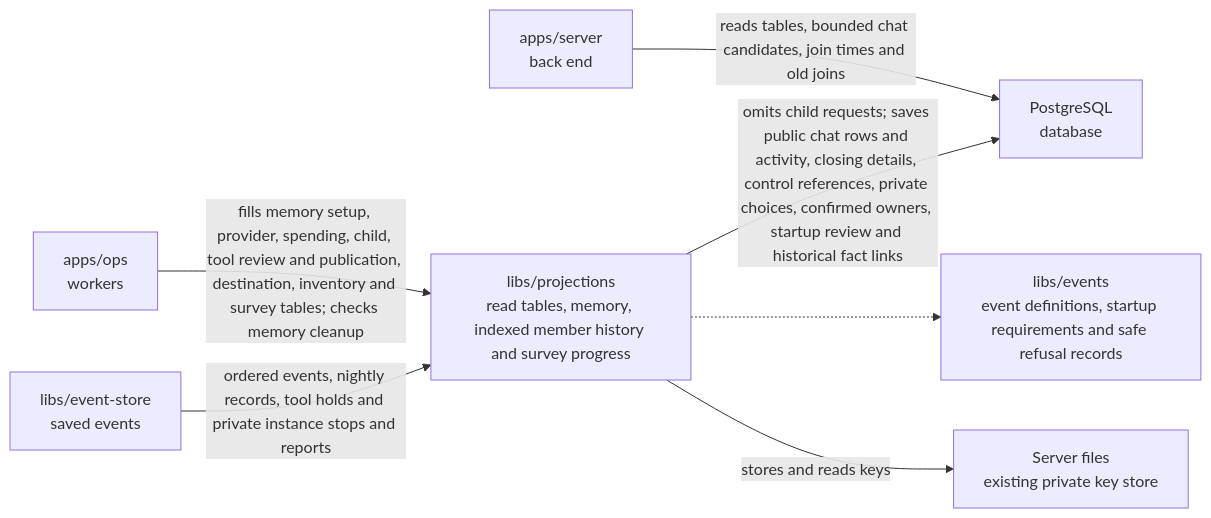
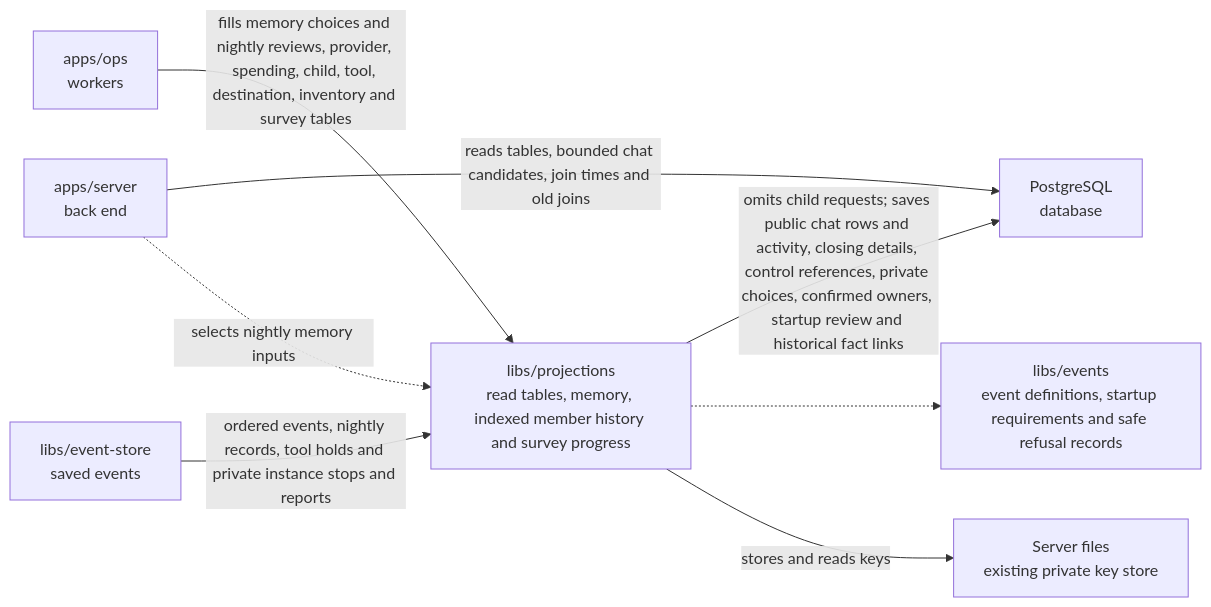
The diagram in libs/projections/README.md (elewa-git/opencrane-new), drawn with Mermaid before and after one commit. The commit also changed other lines of this file and 23 other files, not shown here.

First line of the commit message:
🌙 Nightly memory review picks only changed facts, within a fixed size, and reports clean or changed scopes (#418)

````diff
--- a/libs/projections/README.md
+++ b/libs/projections/README.md
@@ -23,9 +23,10 @@
 ```mermaid
 flowchart LR
-  ops["apps/ops<br/>workers"] -->|fills memory setup, provider, spending, child, tool review and publication, destination, inventory and survey tables; checks memory cleanup| projections["libs/projections<br/>read tables, memory, indexed member history and survey progress"]
+  ops["apps/ops<br/>workers"] -->|fills memory choices and nightly reviews, provider, spending, child, tool, destination, inventory and survey tables| projections["libs/projections<br/>read tables, memory, indexed member history and survey progress"]
   server["apps/server<br/>back end"] -->|reads tables, bounded chat candidates, join times and old joins| pg["PostgreSQL<br/>database"]
   projections -->|omits child requests; saves public chat rows and activity, closing details, control references, private choices, confirmed owners, startup review and historical fact links| pg
   store["libs/event-store<br/>saved events"] -->|ordered events, nightly records, tool holds and private instance stops and reports| projections
+  server -.->|selects nightly memory inputs| projections
   projections -.-> events["libs/events<br/>event definitions, startup requirements and safe refusal records"]
   projections -->|stores and reads keys| keys["Server files<br/>existing private key store"]
 ```
````
